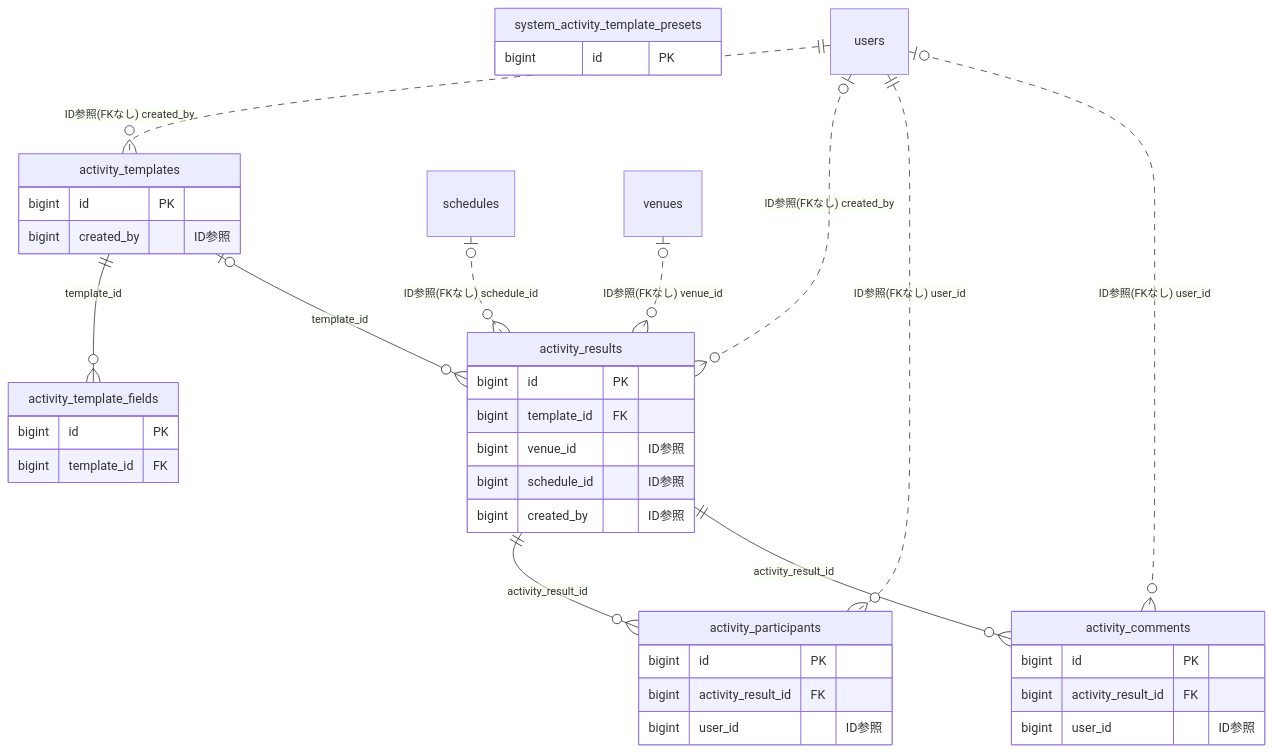
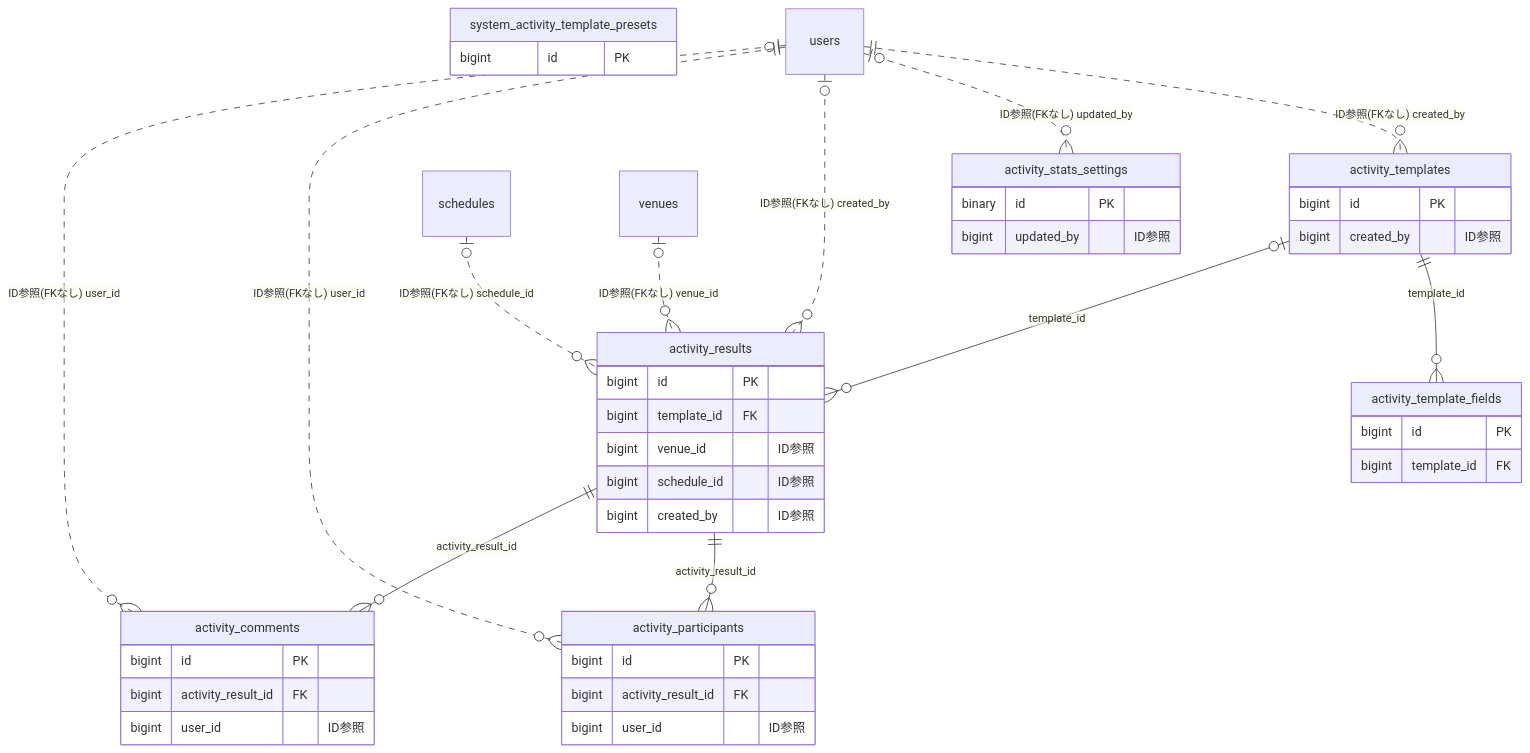
One commit to Mannschaft2026/mannschaft changed the diagram in docs/architecture/er/activity.md. Above: the diagram before and after it, drawn with Mermaid. The commit also changed other lines of this file and 5 other files, not shown here.

Commit message:
生成物: activity_stats_settings の E-R 図・openapi.json・生成型を再生成し、期間検証を公開する（CMP-261124-0159 PR-A1b）

````diff
--- a/docs/architecture/er/activity.md
+++ b/docs/architecture/er/activity.md
@@ -12,44 +12,49 @@
 ```mermaid
 erDiagram
     activity_comments {
         bigint id PK
         bigint activity_result_id FK
         bigint user_id "ID参照"
     }
     activity_participants {
         bigint id PK
         bigint activity_result_id FK
         bigint user_id "ID参照"
     }
     activity_results {
         bigint id PK
         bigint template_id FK
         bigint venue_id "ID参照"
         bigint schedule_id "ID参照"
         bigint created_by "ID参照"
+    }
+    activity_stats_settings {
+        binary id PK
+        bigint updated_by "ID参照"
     }
     activity_template_fields {
         bigint id PK
         bigint template_id FK
     }
     activity_templates {
         bigint id PK
         bigint created_by "ID参照"
     }
     system_activity_template_presets {
         bigint id PK
     }
     schedules
     users
     venues
     activity_results ||--o{ activity_comments : "activity_result_id"
     users |o..o{ activity_comments : "ID参照(FKなし) user_id"
     activity_results ||--o{ activity_participants : "activity_result_id"
     users ||..o{ activity_participants : "ID参照(FKなし) user_id"
     activity_templates |o--o{ activity_results : "template_id"
     schedules |o..o{ activity_results : "ID参照(FKなし) schedule_id"
     users |o..o{ activity_results : "ID参照(FKなし) created_by"
     venues |o..o{ activity_results : "ID参照(FKなし) venue_id"
+    users |o..o{ activity_stats_settings : "ID参照(FKなし) updated_by"
     activity_templates ||--o{ activity_template_fields : "template_id"
     users ||..o{ activity_templates : "ID参照(FKなし) created_by"
 ```
````
